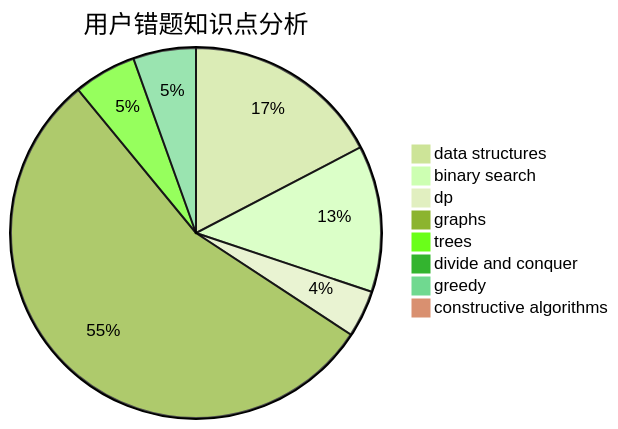
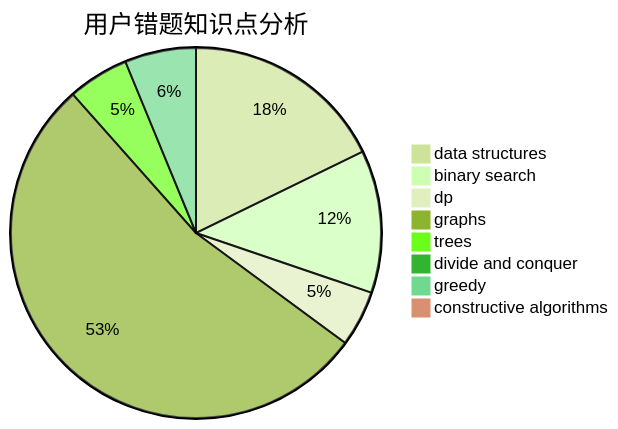
Before and after one commit to sherpahu/cfrs.github.io: the third of 3 diagrams in docs/user/u2309.md, drawn with Mermaid (forest theme). The commit also changed other lines of this file and 2770 other files, not shown here.

````diff
--- a/docs/user/u2309.md
+++ b/docs/user/u2309.md
@@ -36,11 +36,11 @@
 ```mermaid
 pie title 用户错题知识点分析
-    "data structures" :  38
+    "data structures" :  40
     "binary search" :  28
-    "dp" :  9
+    "dp" :  11
     "graphs" :  120
     "trees" :  12
     "divide and conquer" :  0
-    "greedy" :  12
-    "constructive algorithms" :  0
+    "greedy" :  14
+    "constructive algorithms" :  2
 ```
````
